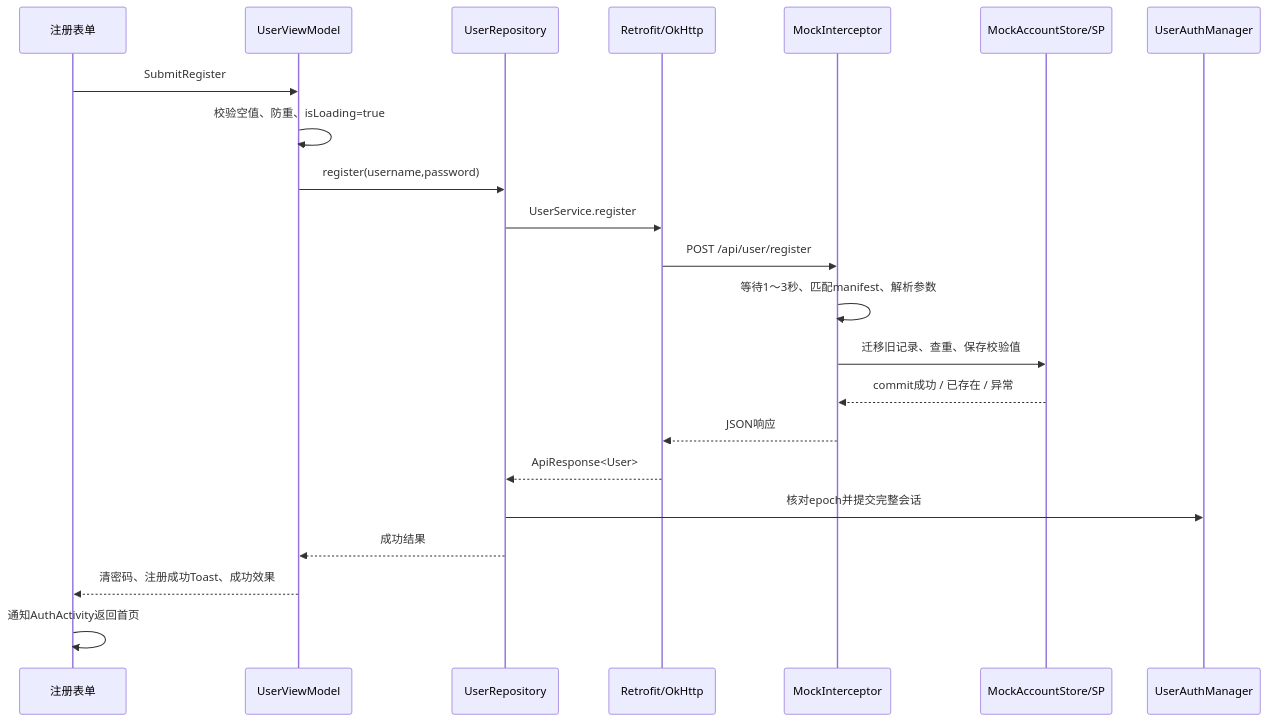
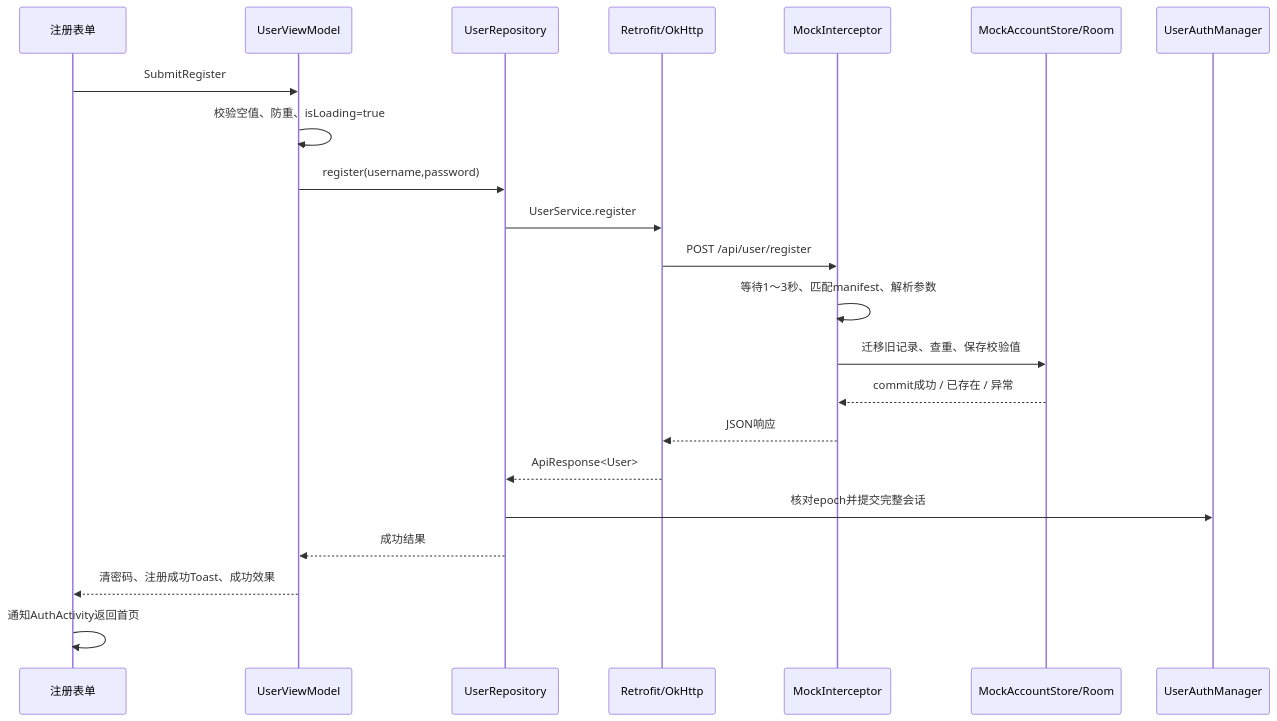
One commit to rickdynasty/EntryTask changed the third of 3 diagrams in docs/development/登录注册功能新手指南.md. Above: the diagram before and after it, drawn with Mermaid. The commit also changed other lines of this file and 8 other files, not shown here.

````diff
--- a/docs/development/登录注册功能新手指南.md
+++ b/docs/development/登录注册功能新手指南.md
@@ -771,24 +774,24 @@
 ```mermaid
 sequenceDiagram
     participant UI as 注册表单
     participant VM as UserViewModel
     participant R as UserRepository
     participant HTTP as Retrofit/OkHttp
     participant MOCK as MockInterceptor
-    participant STORE as MockAccountStore/SP
+    participant STORE as MockAccountStore/Room
     participant SESSION as UserAuthManager
     UI->>VM: SubmitRegister
     VM->>VM: 校验空值、防重、isLoading=true
     VM->>R: register(username,password)
     R->>HTTP: UserService.register
     HTTP->>MOCK: POST /api/user/register
     MOCK->>MOCK: 等待1～3秒、匹配manifest、解析参数
     MOCK->>STORE: 迁移旧记录、查重、保存校验值
     STORE-->>MOCK: commit成功 / 已存在 / 异常
     MOCK-->>HTTP: JSON响应
     HTTP-->>R: ApiResponse<User>
     R->>SESSION: 核对epoch并提交完整会话
     R-->>VM: 成功结果
     VM-->>UI: 清密码、注册成功Toast、成功效果
     UI->>UI: 通知AuthActivity返回首页
 ```
````
